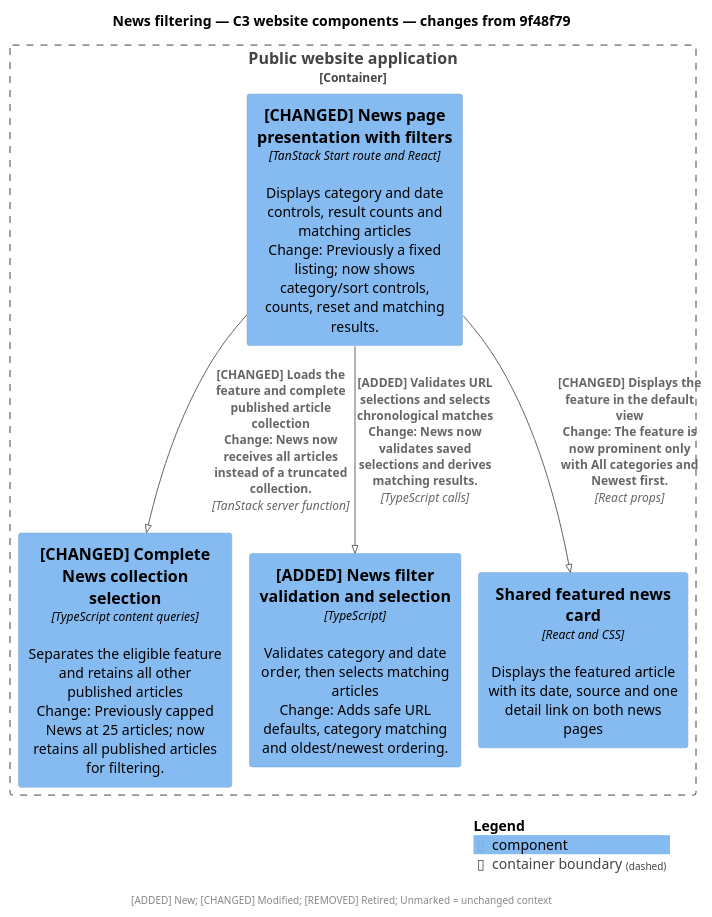
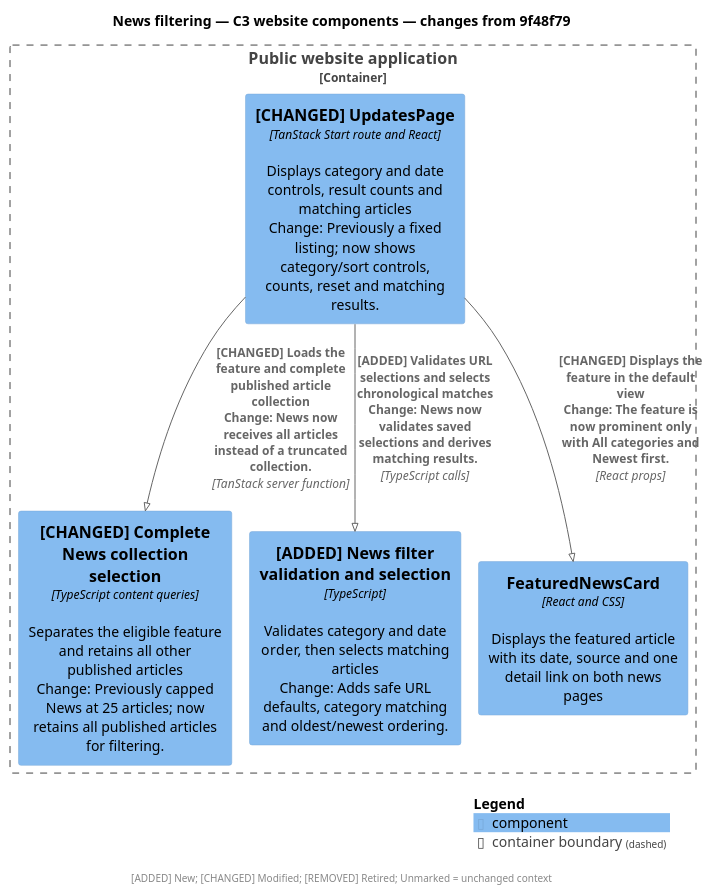
One commit to szabototo89/woodbrook-residents changed the diagram in docs/handoffs/news-filtering-sorting/assets/c3-components.puml. Above: the diagram before and after it, drawn with PlantUML. The commit also changed 24 other files, not shown here.

First line of the commit message:
docs(architecture): name C4 components after their React components

```diff
--- a/docs/handoffs/news-filtering-sorting/assets/c3-components.puml
+++ b/docs/handoffs/news-filtering-sorting/assets/c3-components.puml
@@ -2,22 +2,22 @@
 @startuml
 !pragma layout smetana
 !include <C4/C4_Component>
 LAYOUT_TOP_DOWN()
 skinparam defaultFontName SansSerif
 skinparam nodesep 45
 skinparam ranksep 45
 title News filtering — C3 website components — changes from 9f48f79
 
 Container_Boundary(woodbrook_browser, "Public website application") {
-  Component(filterable_news_presentation, "[CHANGED] News page presentation with filters", "TanStack Start route and React", "Displays category and date controls, result counts and matching articles\nChange: Previously a fixed listing; now shows category/sort controls, counts, reset and matching results.")
+  Component(filterable_news_presentation, "[CHANGED] UpdatesPage", "TanStack Start route and React", "Displays category and date controls, result counts and matching articles\nChange: Previously a fixed listing; now shows category/sort controls, counts, reset and matching results.")
   Component(complete_news_selection, "[CHANGED] Complete News collection selection", "TypeScript content queries", "Separates the eligible feature and retains all other published articles\nChange: Previously capped News at 25 articles; now retains all published articles for filtering.")
   Component(news_filtering, "[ADDED] News filter validation and selection", "TypeScript", "Validates category and date order, then selects matching articles\nChange: Adds safe URL defaults, category matching and oldest/newest ordering.")
-  Component(shared_featured_news_card, "Shared featured news card", "React and CSS", "Displays the featured article with its date, source and one detail link on both news pages")
+  Component(shared_featured_news_card, "FeaturedNewsCard", "React and CSS", "Displays the featured article with its date, source and one detail link on both news pages")
 }
 
 Rel(filterable_news_presentation, complete_news_selection, "[CHANGED] Loads the feature and complete published article collection\nChange: News now receives all articles instead of a truncated collection.", "TanStack server function")
 Rel(filterable_news_presentation, news_filtering, "[ADDED] Validates URL selections and selects chronological matches\nChange: News now validates saved selections and derives matching results.", "TypeScript calls")
 Rel(filterable_news_presentation, shared_featured_news_card, "[CHANGED] Displays the feature in the default view\nChange: The feature is now prominent only with All categories and Newest first.", "React props")
 SHOW_LEGEND()
 footer [ADDED] New; [CHANGED] Modified; [REMOVED] Retired; Unmarked = unchanged context
 @enduml
```
